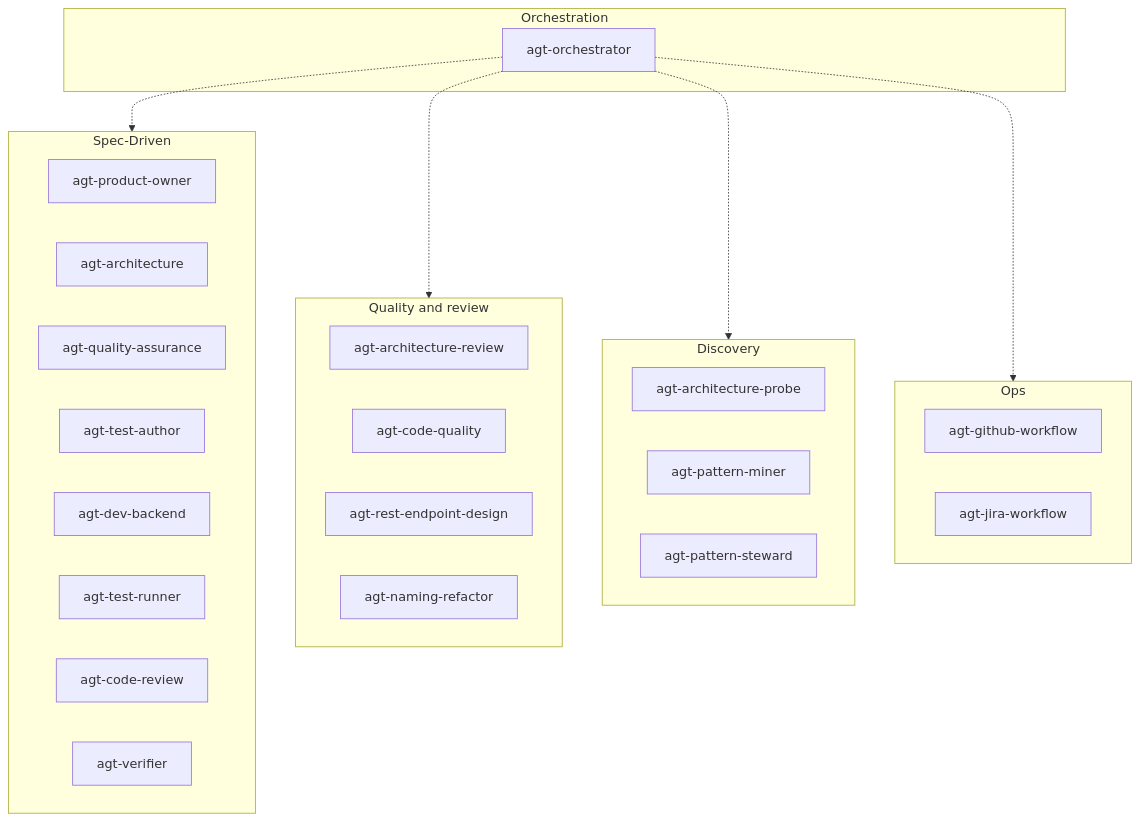
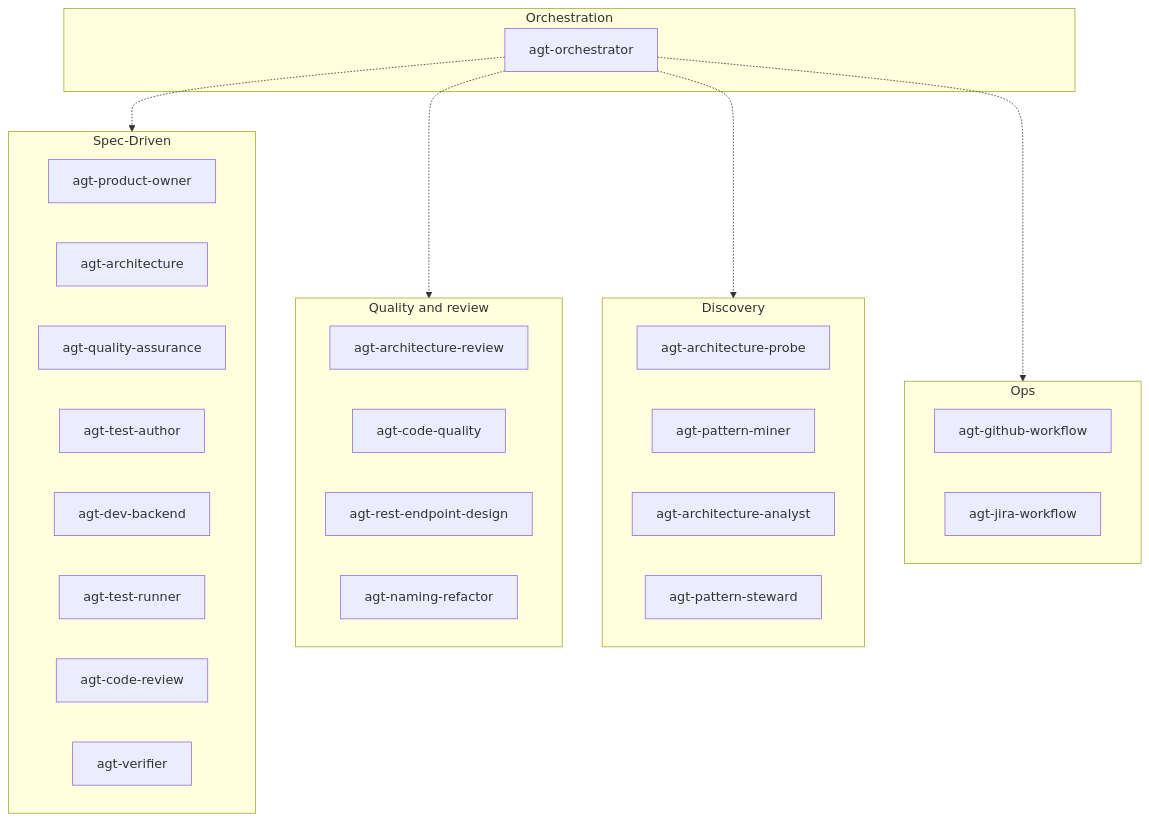
Before and after one commit to beardjs/ai-backend-kit: the fifth of 5 diagrams in README.md, drawn with Mermaid. The commit also changed other lines of this file, not shown here.

Commit message:
docs: document discovery workflow analyst and CLI scan UX

````diff
--- a/README.md
+++ b/README.md
@@ -288,40 +331,41 @@
 ```mermaid
 flowchart TB
   subgraph orch [Orchestration]
     OrchNode[agt-orchestrator]
   end
 
   subgraph sdd [Spec-Driven]
     PO2[agt-product-owner]
     Arch2[agt-architecture]
     QA2[agt-quality-assurance]
     TA2[agt-test-author]
     Dev2[agt-dev-backend]
     TR2[agt-test-runner]
     CR2[agt-code-review]
     V2[agt-verifier]
   end
 
   subgraph quality [Quality and review]
     AR2[agt-architecture-review]
     CQ2[agt-code-quality]
     REST[agt-rest-endpoint-design]
     Name[agt-naming-refactor]
   end
 
   subgraph discovery [Discovery]
     Probe2[agt-architecture-probe]
     Miner2[agt-pattern-miner]
+    Analyst2[agt-architecture-analyst]
     Steward2[agt-pattern-steward]
   end
 
   subgraph ops [Ops]
     GH2[agt-github-workflow]
     Jira[agt-jira-workflow]
   end
 
   OrchNode -.-> sdd
   OrchNode -.-> quality
   OrchNode -.-> discovery
   OrchNode -.-> ops
 ```
````
